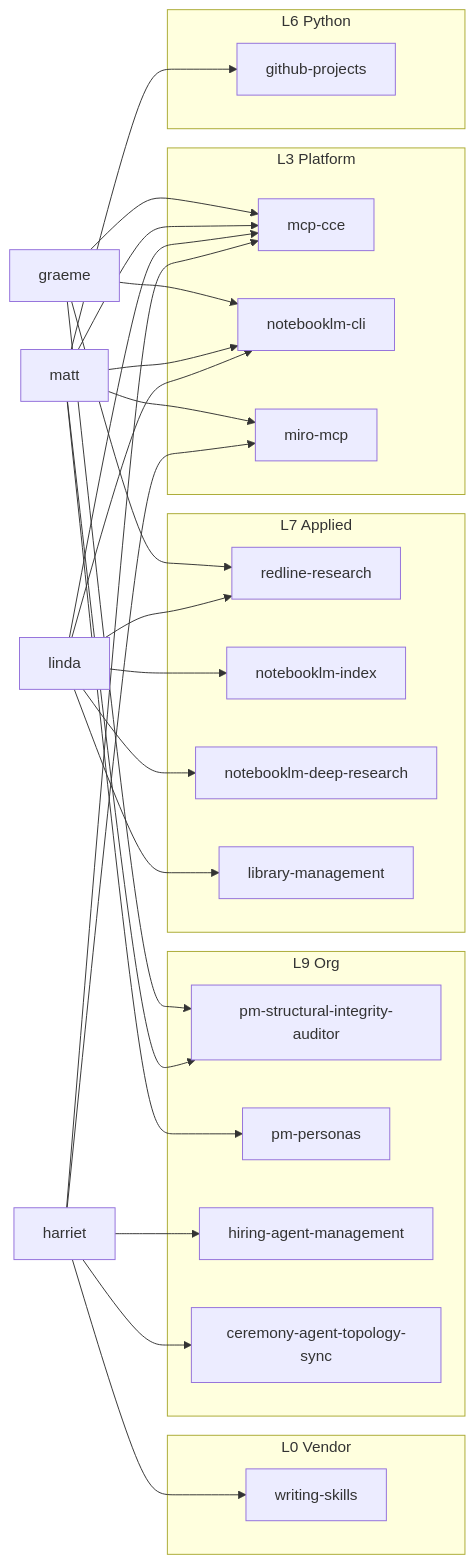
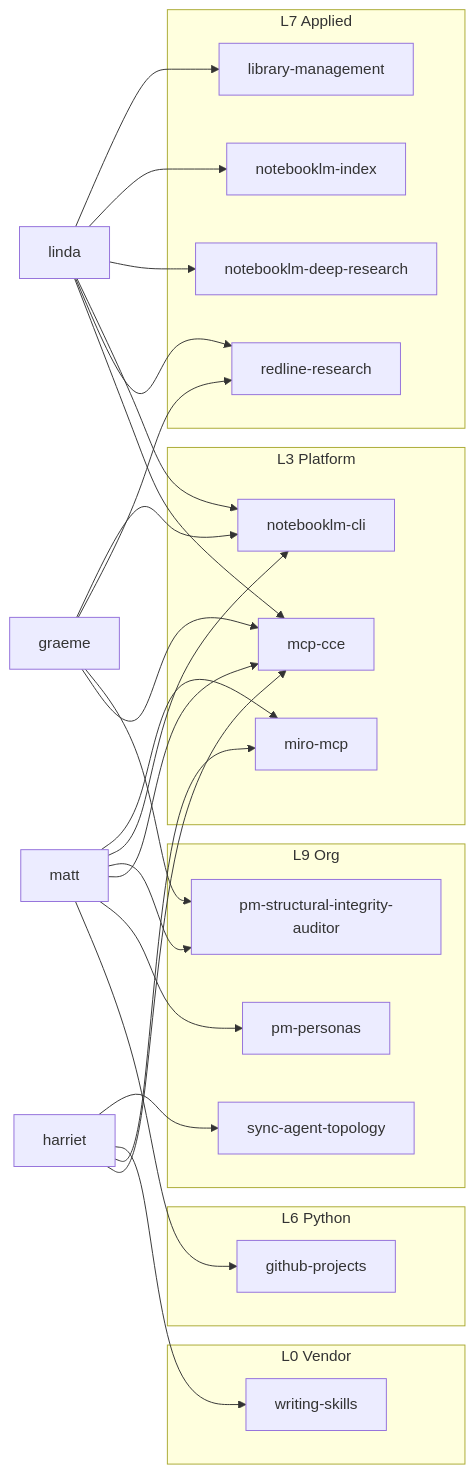
Before and after one commit to redmarklogic/redline: the third of 3 diagrams in docs/architecture/skills-architecture.md, drawn with Mermaid. The commit also changed other lines of this file and 1 other file, not shown here.

First line of the commit message:
docs: update skills architecture doc and spec-016 audit log

````diff
--- a/docs/architecture/skills-architecture.md
+++ b/docs/architecture/skills-architecture.md
@@ -417,60 +422,58 @@
 ```mermaid
 graph LR
     grm[graeme]
     mtt[matt]
     lnd[linda]
     hrr[harriet]
 
     subgraph L0[L0 Vendor]
         ws[writing-skills]
     end
 
     subgraph L3[L3 Platform]
         cce[mcp-cce]
         nlm[notebooklm-cli]
         mro[miro-mcp]
     end
 
     subgraph L6[L6 Python]
         ghp[github-projects]
     end
 
     subgraph L7[L7 Applied]
         rr[redline-research]
         nli[notebooklm-index]
         nld[notebooklm-deep-research]
         lib[library-management]
     end
 
     subgraph L9[L9 Org]
         psi[pm-structural-integrity-auditor]
         ppers[pm-personas]
-        ham[hiring-agent-management]
-        cat[ceremony-agent-topology-sync]
+        sat[sync-agent-topology]
     end
 
     grm --> nlm
     grm --> rr
     grm --> psi
     grm --> cce
 
     mtt --> mro
     mtt --> nlm
     mtt --> psi
     mtt --> cce
     mtt --> ppers
     mtt --> ghp
 
     lnd --> lib
     lnd --> nli
     lnd --> nld
     lnd --> nlm
     lnd --> rr
     lnd --> cce
 
-    hrr --> ham
+    hrr --> sat
     hrr --> ws
-    hrr --> cat
     hrr --> mro
     hrr --> cce
 ```
````
